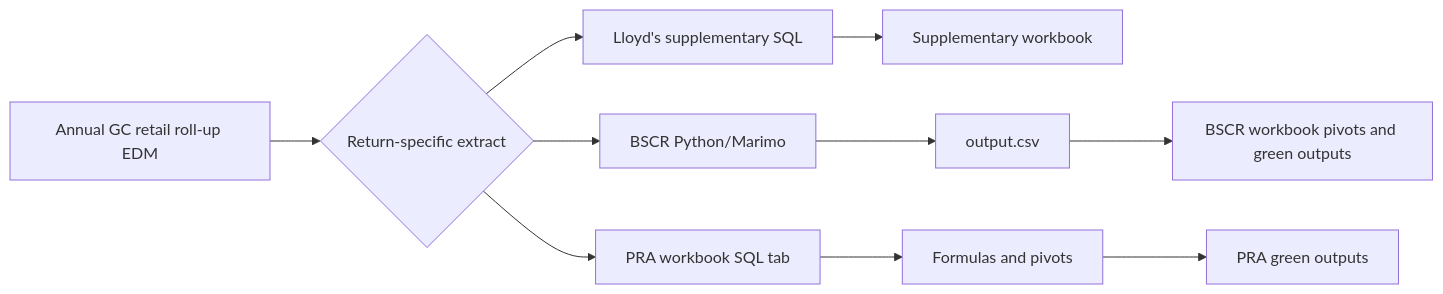
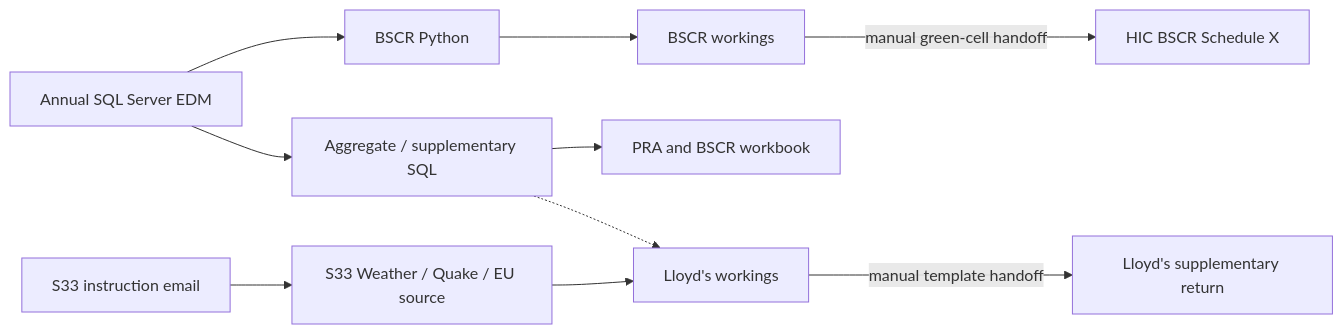
Before and after one commit to hiscohamptonr/rr: the diagram in docs/regulatory-returns/index.md, drawn with Mermaid. The commit also changed other lines of this file and 24 other files, not shown here.

````diff
--- a/docs/regulatory-returns/index.md
+++ b/docs/regulatory-returns/index.md
@@ -32,12 +23,14 @@
 ```mermaid
 flowchart LR
-    A[Annual GC retail roll-up EDM] --> B{Return-specific extract}
-    B --> C[Lloyd's supplementary SQL]
-    B --> D[BSCR Python/Marimo]
-    B --> E[PRA workbook SQL tab]
-    C --> F[Supplementary workbook]
-    D --> G[output.csv]
-    G --> H[BSCR workbook pivots and green outputs]
-    E --> I[Formulas and pivots]
-    I --> J[PRA green outputs]
+    EDM[Annual SQL Server EDM] --> PY[BSCR Python]
+    PY --> BW[BSCR workings]
+    BW -->|manual green-cell handoff| HIC[HIC BSCR Schedule X]
+
+    EDM --> SQL[Aggregate / supplementary SQL]
+    SQL --> PRA[PRA and BSCR workbook]
+    SQL -.-> LW[Lloyd's workings]
+
+    MSG[S33 instruction email] --> SRC[S33 Weather / Quake / EU source]
+    SRC --> LW
+    LW -->|manual template handoff| LLOYDS[Lloyd's supplementary return]
 ```
````
